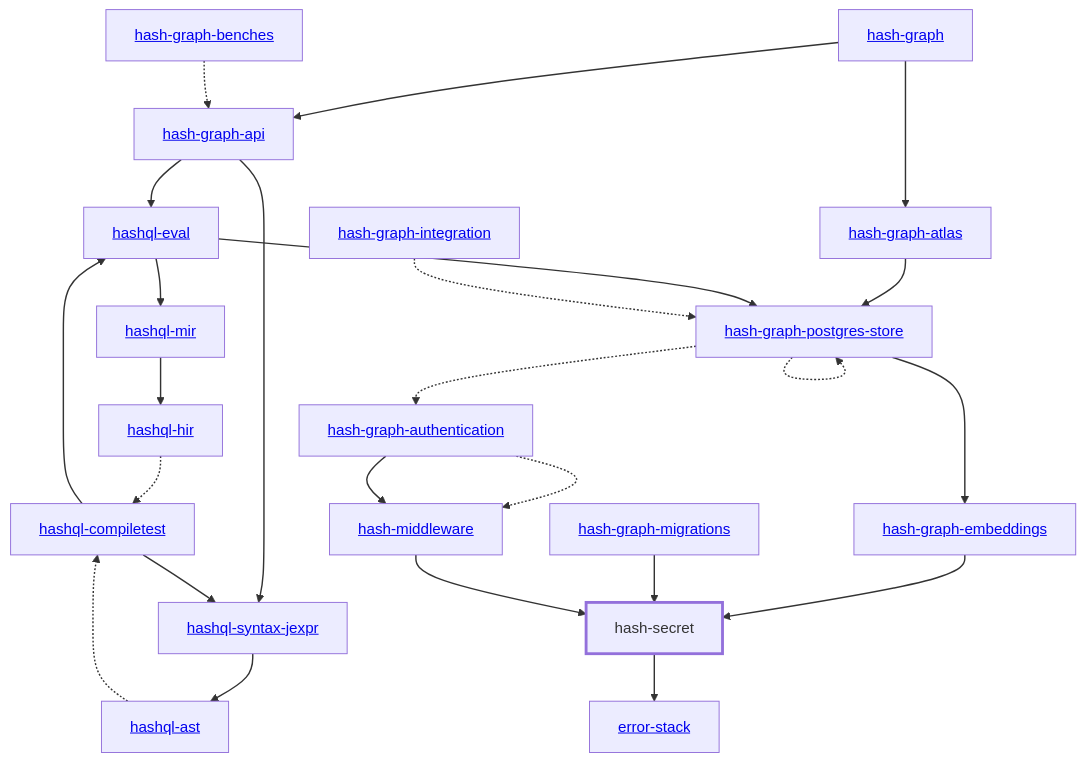
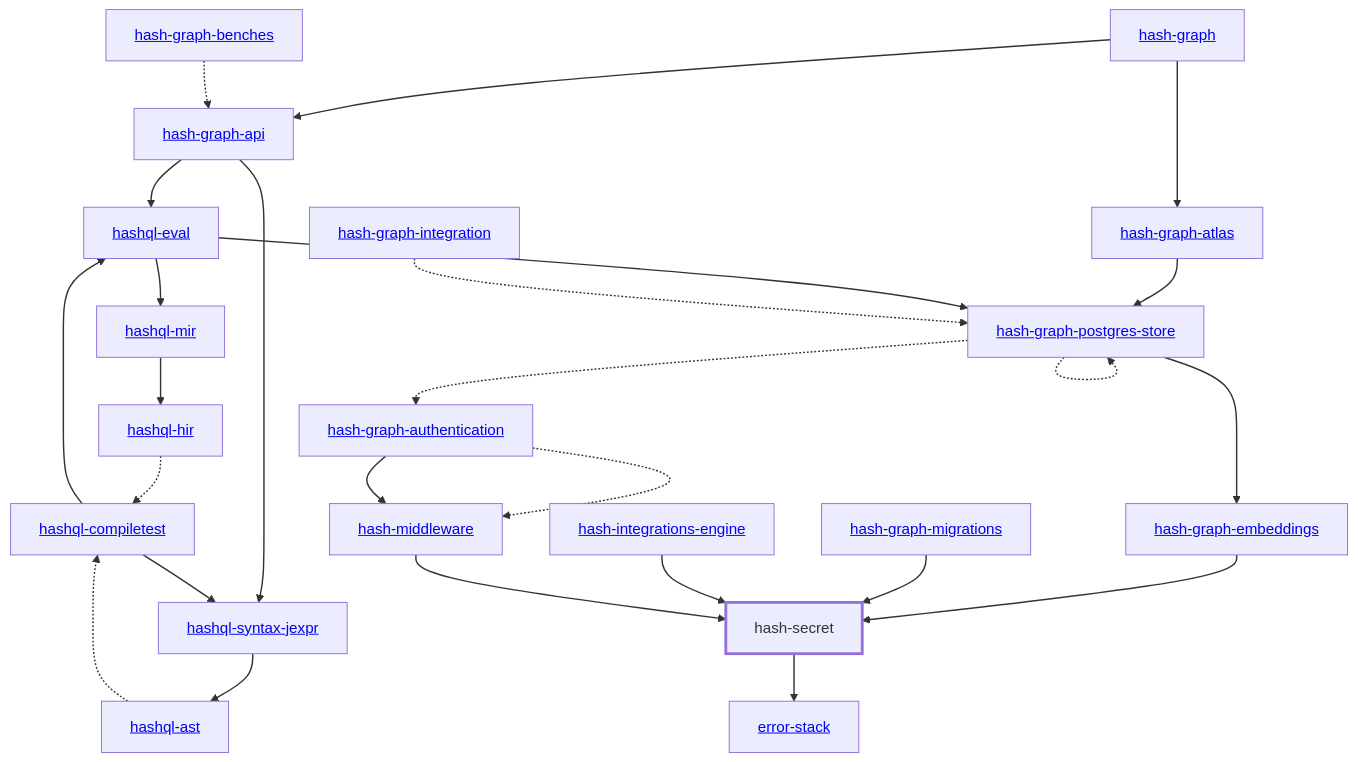
One commit to hashintel/hash changed the diagram in libs/@local/secret/docs/dependency-diagram.mmd. Above: the diagram before and after it, drawn with Mermaid. The commit also changed 9 other files, not shown here.

Commit message:
Resolve integration secrets through Graph and Vault

```diff
--- a/libs/@local/secret/docs/dependency-diagram.mmd
+++ b/libs/@local/secret/docs/dependency-diagram.mmd
@@ -1,53 +1,55 @@
 graph TD
     linkStyle default stroke-width:1.5px
     classDef default stroke-width:1px
     classDef root stroke-width:3px
     classDef dev stroke-width:1px
     classDef build stroke-width:1px
     %% Legend
     %% --> : Normal dependency
     %% -.-> : Dev dependency
     %% ---> : Build dependency
     0[<a href="../hash_graph/index.html">hash-graph</a>]
     1[<a href="../hash_graph_api/index.html">hash-graph-api</a>]
     2[<a href="../hash_graph_atlas/index.html">hash-graph-atlas</a>]
     3[<a href="../hash_graph_authentication/index.html">hash-graph-authentication</a>]
     4[<a href="../hash_graph_embeddings/index.html">hash-graph-embeddings</a>]
     5[<a href="../hash_graph_migrations/index.html">hash-graph-migrations</a>]
     6[<a href="../hash_graph_postgres_store/index.html">hash-graph-postgres-store</a>]
     7[<a href="../hashql_ast/index.html">hashql-ast</a>]
     8[<a href="../hashql_compiletest/index.html">hashql-compiletest</a>]
     9[<a href="../hashql_eval/index.html">hashql-eval</a>]
     10[<a href="../hashql_hir/index.html">hashql-hir</a>]
     11[<a href="../hashql_mir/index.html">hashql-mir</a>]
     12[<a href="../hashql_syntax_jexpr/index.html">hashql-syntax-jexpr</a>]
-    13[<a href="../hash_middleware/index.html">hash-middleware</a>]
-    14[hash-secret]
-    class 14 root
-    15[<a href="../error_stack/index.html">error-stack</a>]
-    16[<a href="../hash_graph_benches/index.html">hash-graph-benches</a>]
-    17[<a href="../hash_graph_integration/index.html">hash-graph-integration</a>]
+    13[<a href="../hash_integrations_engine/index.html">hash-integrations-engine</a>]
+    14[<a href="../hash_middleware/index.html">hash-middleware</a>]
+    15[hash-secret]
+    class 15 root
+    16[<a href="../error_stack/index.html">error-stack</a>]
+    17[<a href="../hash_graph_benches/index.html">hash-graph-benches</a>]
+    18[<a href="../hash_graph_integration/index.html">hash-graph-integration</a>]
     0 --> 1
     0 --> 2
     1 --> 9
     1 --> 12
     2 --> 6
-    3 -.-> 13
-    3 --> 13
-    4 --> 14
-    5 --> 14
+    3 -.-> 14
+    3 --> 14
+    4 --> 15
+    5 --> 15
     6 -.-> 3
     6 --> 4
     6 -.-> 6
     7 -.-> 8
     8 --> 9
     8 --> 12
     9 --> 6
     9 --> 11
     10 -.-> 8
     11 --> 10
     12 --> 7
-    13 --> 14
+    13 --> 15
     14 --> 15
-    16 -.-> 1
-    17 -.-> 6
+    15 --> 16
+    17 -.-> 1
+    18 -.-> 6
```
